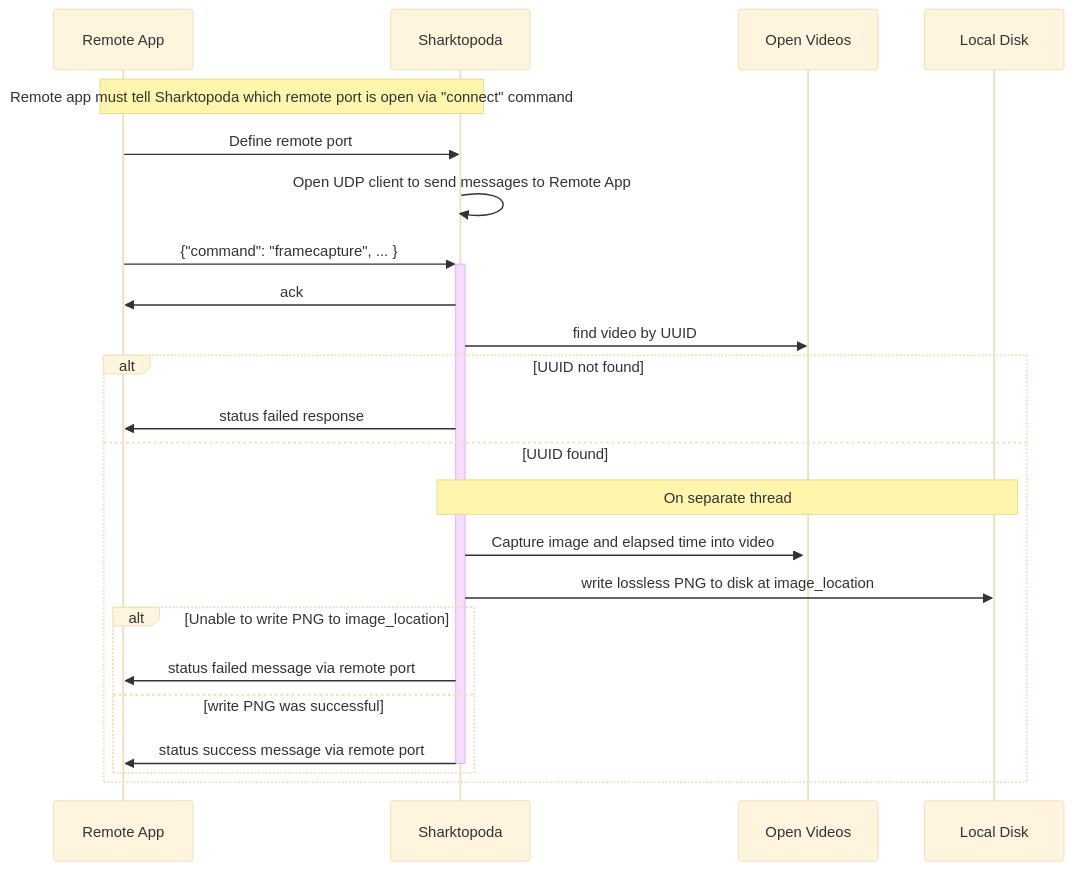
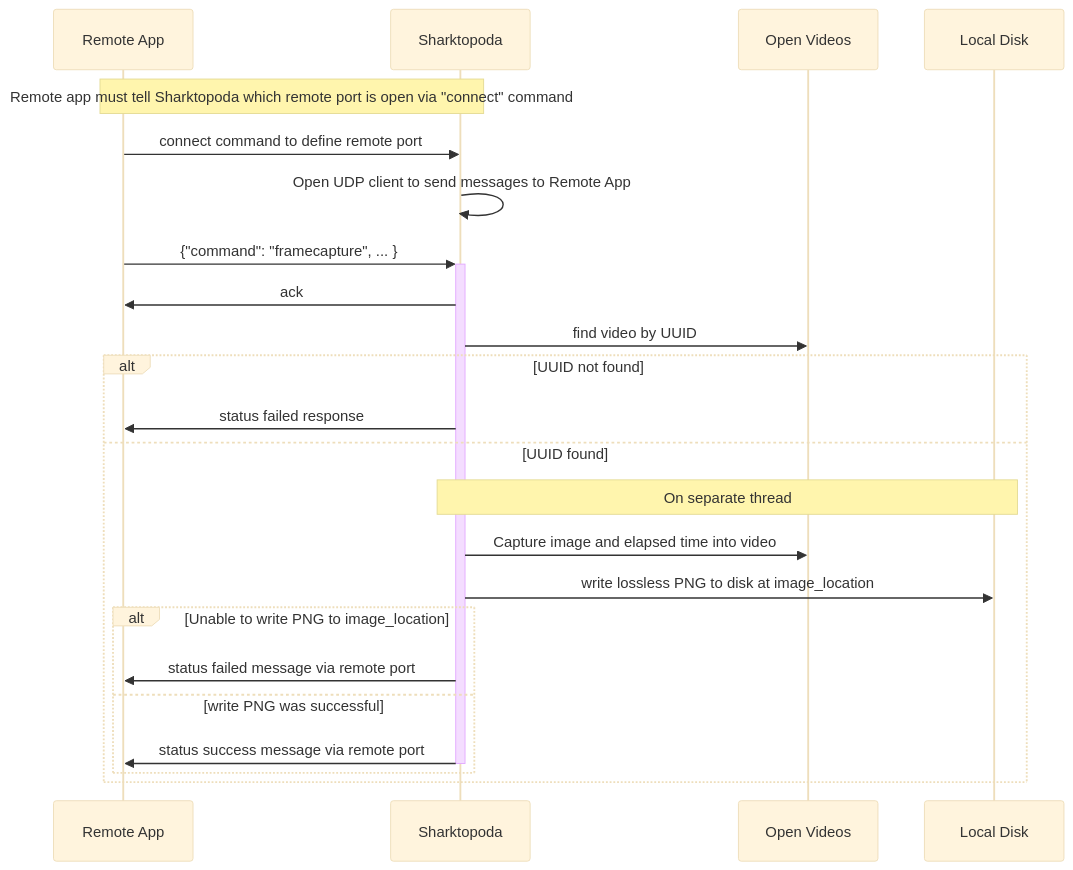
One commit to mbari-org/Sharktopoda1 changed the diagram in docs/REQUIREMENTS2.md. Above: the diagram before and after it, drawn with Mermaid (base theme).

Commit message:
working on diagram

````diff
--- a/docs/REQUIREMENTS2.md
+++ b/docs/REQUIREMENTS2.md
@@ -334,28 +334,28 @@
 ```mermaid
 sequenceDiagram 
     participant app as Remote App
     participant shark as Sharktopoda
     participant videos as Open Videos
     participant disk as Local Disk
 
     Note over app,shark: Remote app must tell Sharktopoda which remote port is open via "connect" command
-    app->>shark: Define remote port
+    app->>shark: connect command to define remote port
     shark->>shark: Open UDP client to send messages to Remote App
 
     app->>+shark: {"command": "framecapture", ... }
     shark->>app: ack
     shark->>videos: find video by UUID
 
     alt UUID not found
       shark->>app: status failed response
     else UUID found
     Note over shark,disk: On separate thread
-      shark->>+videos: Capture image and elapsed time into video
+      shark->>videos: Capture image and elapsed time into video
       shark->>disk: write lossless PNG to disk at image_location
       alt Unable to write PNG to image_location
         shark->>app: status failed message via remote port
       else write PNG was successful
         shark->>-app: status success message via remote port
       end
     end
 ```
````
